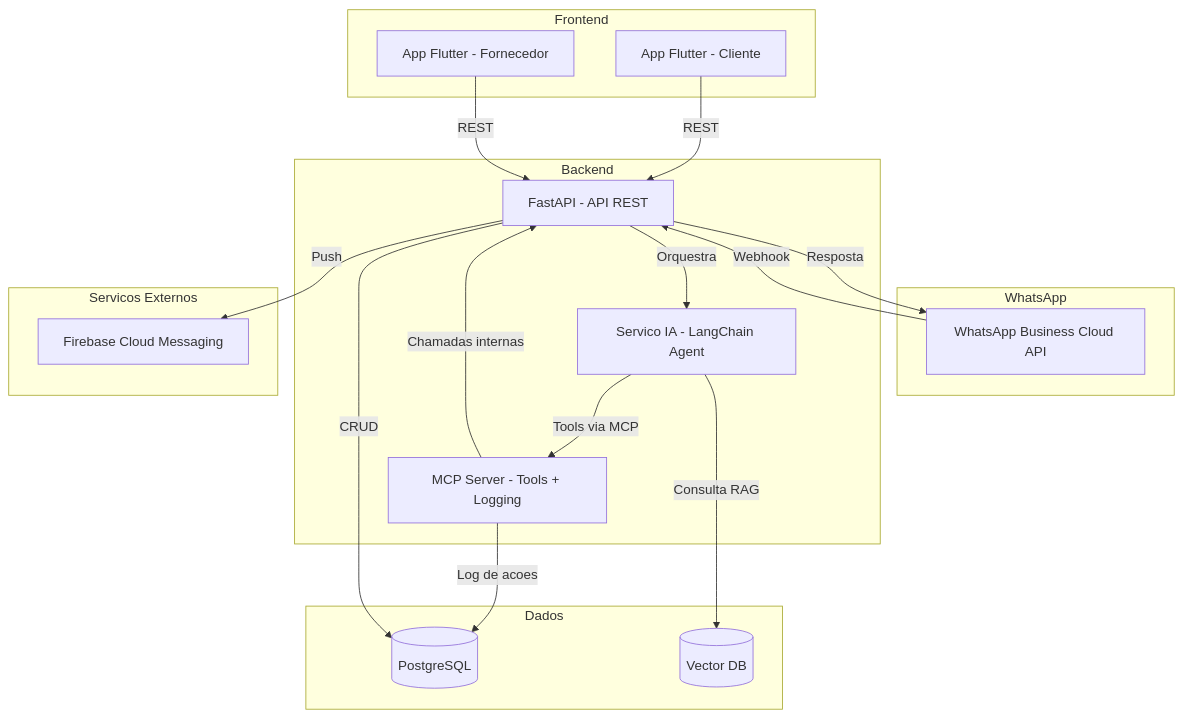
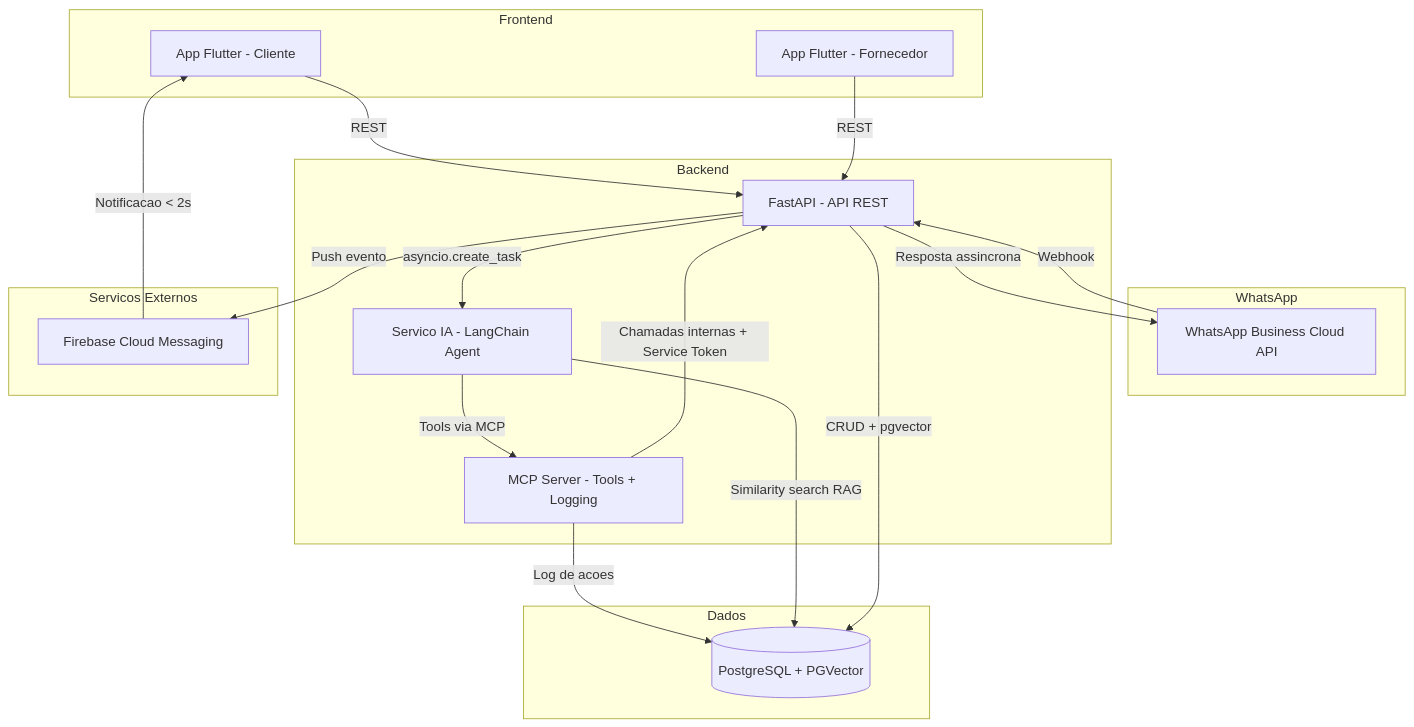
One commit to Weym/desafio-fcg3 changed the third of 8 diagrams in docs/architecture.md. Above: the diagram before and after it, drawn with Mermaid. The commit also changed other lines of this file and 6 other files, not shown here.

````diff
--- a/docs/architecture.md
+++ b/docs/architecture.md
@@ -41,41 +88,41 @@
 ```mermaid
 graph TB
     subgraph "Frontend"
         APP_CLI[App Flutter - Cliente]
         APP_FORN[App Flutter - Fornecedor]
     end
 
     subgraph "WhatsApp"
         WA_API[WhatsApp Business Cloud API]
     end
 
     subgraph "Backend"
         API[FastAPI - API REST]
         AI[Servico IA - LangChain Agent]
         MCP[MCP Server - Tools + Logging]
     end
 
     subgraph "Dados"
-        PG[(PostgreSQL)]
-        VDB[(Vector DB)]
+        PG[(PostgreSQL + PGVector)]
     end
 
     subgraph "Servicos Externos"
         FCM[Firebase Cloud Messaging]
     end
 
     WA_API -->|Webhook| API
-    API -->|Resposta| WA_API
+    API -->|Resposta assincrona| WA_API
     APP_CLI -->|REST| API
     APP_FORN -->|REST| API
 
-    API -->|Orquestra| AI
+    API -->|asyncio.create_task| AI
     AI -->|Tools via MCP| MCP
-    MCP -->|Chamadas internas| API
+    MCP -->|Chamadas internas + Service Token| API
     MCP -->|Log de acoes| PG
 
-    AI -->|Consulta RAG| VDB
-    API -->|CRUD| PG
+    AI -->|Similarity search RAG| PG
+    API -->|CRUD + pgvector| PG
 
-    API -->|Push| FCM
+    API -->|Push evento| FCM
+    FCM -->|Notificacao < 2s| APP_CLI
 ```
````
